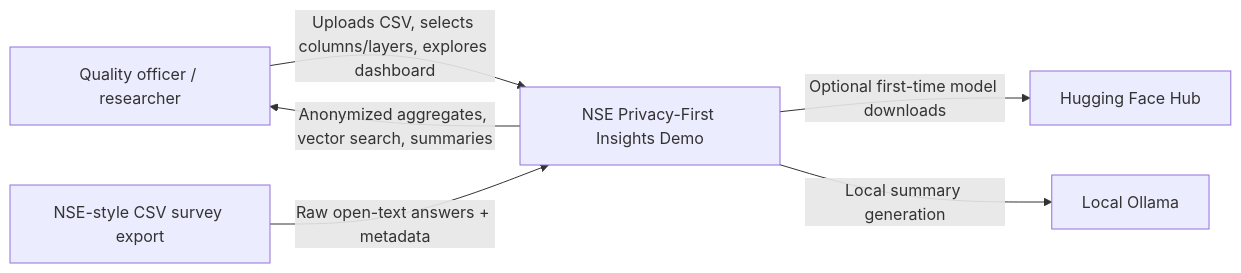
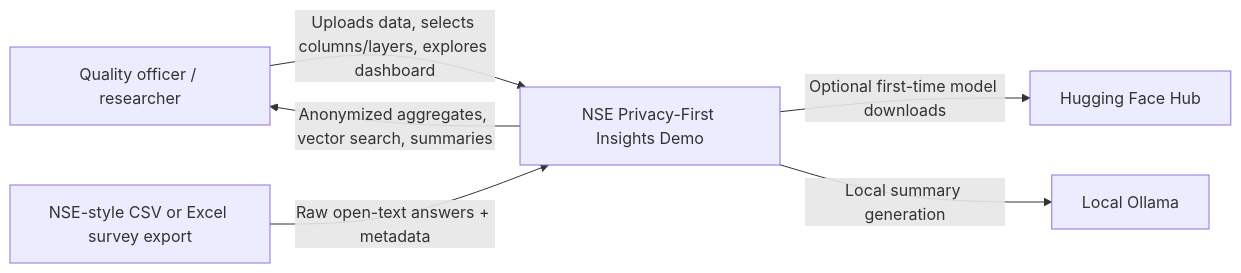
The first of 3 diagrams in README.md (NSE-Team-Fontys/Demo), drawn with Mermaid before and after one commit. The commit also changed other lines of this file and 35 other files, not shown here.

````diff
--- a/README.md
+++ b/README.md
@@ -68,15 +123,14 @@
 ```mermaid
 flowchart LR
     user["Quality officer / researcher"]
-    studentData["NSE-style CSV survey export"]
+    studentData["NSE-style CSV or Excel survey export"]
     app["NSE Privacy-First Insights Demo"]
     hf["Hugging Face Hub"]
     ollama["Local Ollama"]
 
-    user -->|"Uploads CSV, selects columns/layers, explores dashboard"| app
+    user -->|"Uploads data, selects columns/layers, explores dashboard"| app
     studentData -->|"Raw open-text answers + metadata"| app
     app -->|"Optional first-time model downloads"| hf
     app -->|"Local summary generation"| ollama
-
     app -->|"Anonymized aggregates, vector search, summaries"| user
 ```
````
